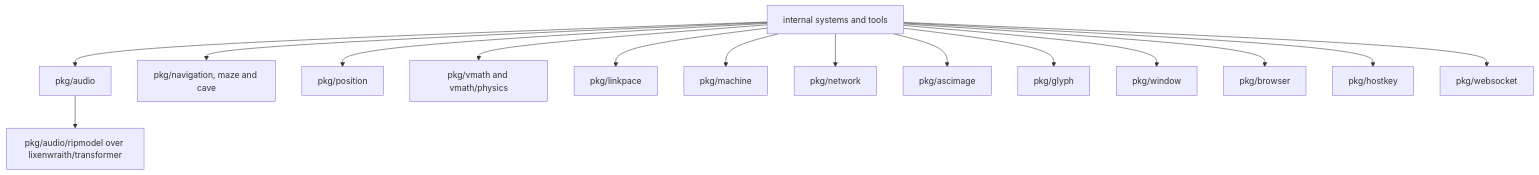
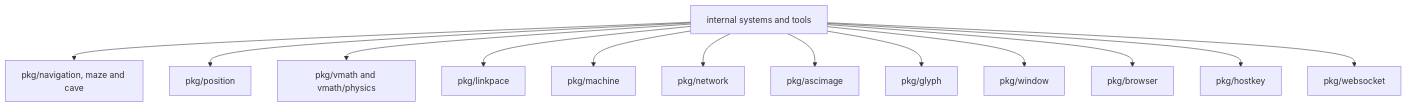
One commit to lixenwraith/vif changed the fourth of 4 diagrams in doc/package-map.md. Above: the diagram before and after it, drawn with Mermaid. The commit also changed other lines of this file and 18 other files, not shown here.

First line of the commit message:
docs: the audio library's documents in pkg/audio/doc, vif's cut to the game's half (#1005)

````diff
--- a/doc/package-map.md
+++ b/doc/package-map.md
@@ -112,17 +112,15 @@
 ```mermaid
 flowchart TD
-    Game["internal systems and tools"] --> Audio["pkg/audio"]
-    Game --> Nav["pkg/navigation, maze and cave"]
+    Game["internal systems and tools"] --> Nav["pkg/navigation, maze and cave"]
     Game --> Position["pkg/position"]
     Game --> Physics["pkg/vmath and vmath/physics"]
     Game --> Link["pkg/linkpace"]
     Game --> Machine["pkg/machine"]
     Game --> Network["pkg/network"]
     Game --> Image["pkg/ascimage"]
     Game --> Glyph["pkg/glyph"]
     Game --> Window["pkg/window"]
     Game --> Browser["pkg/browser"]
     Game --> HostKey["pkg/hostkey"]
     Game --> Socket["pkg/websocket"]
-    Audio --> Net["pkg/audio/ripmodel over lixenwraith/transformer"]
 ```
````
